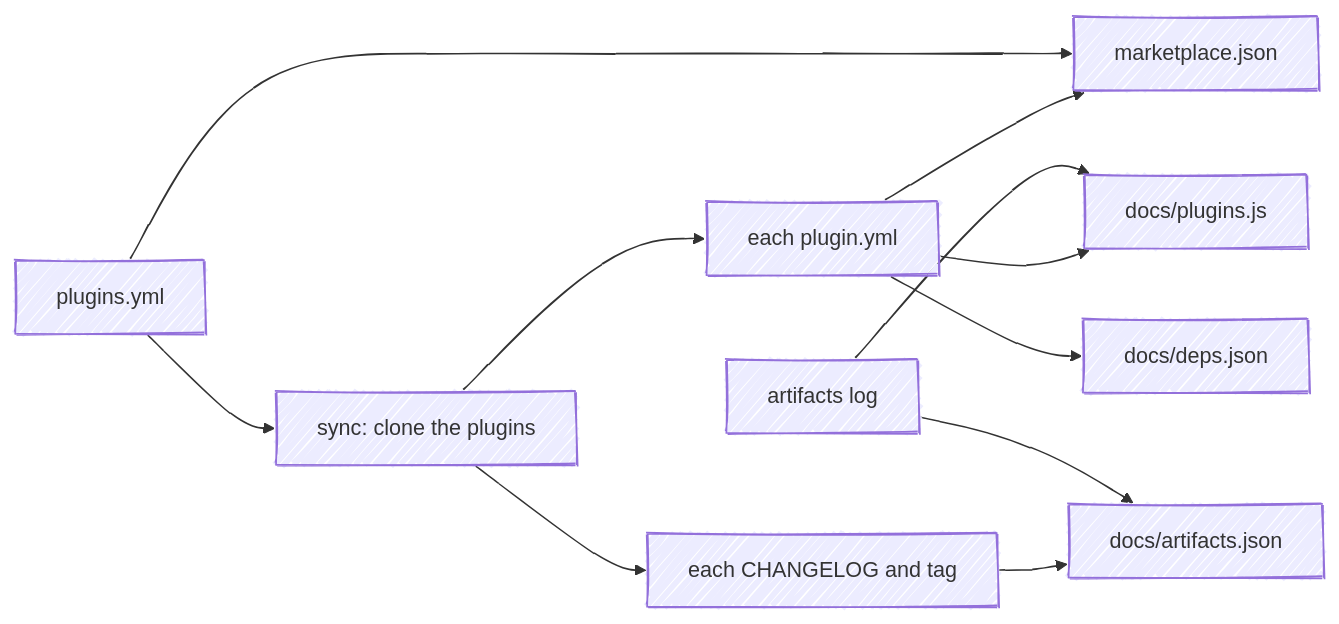
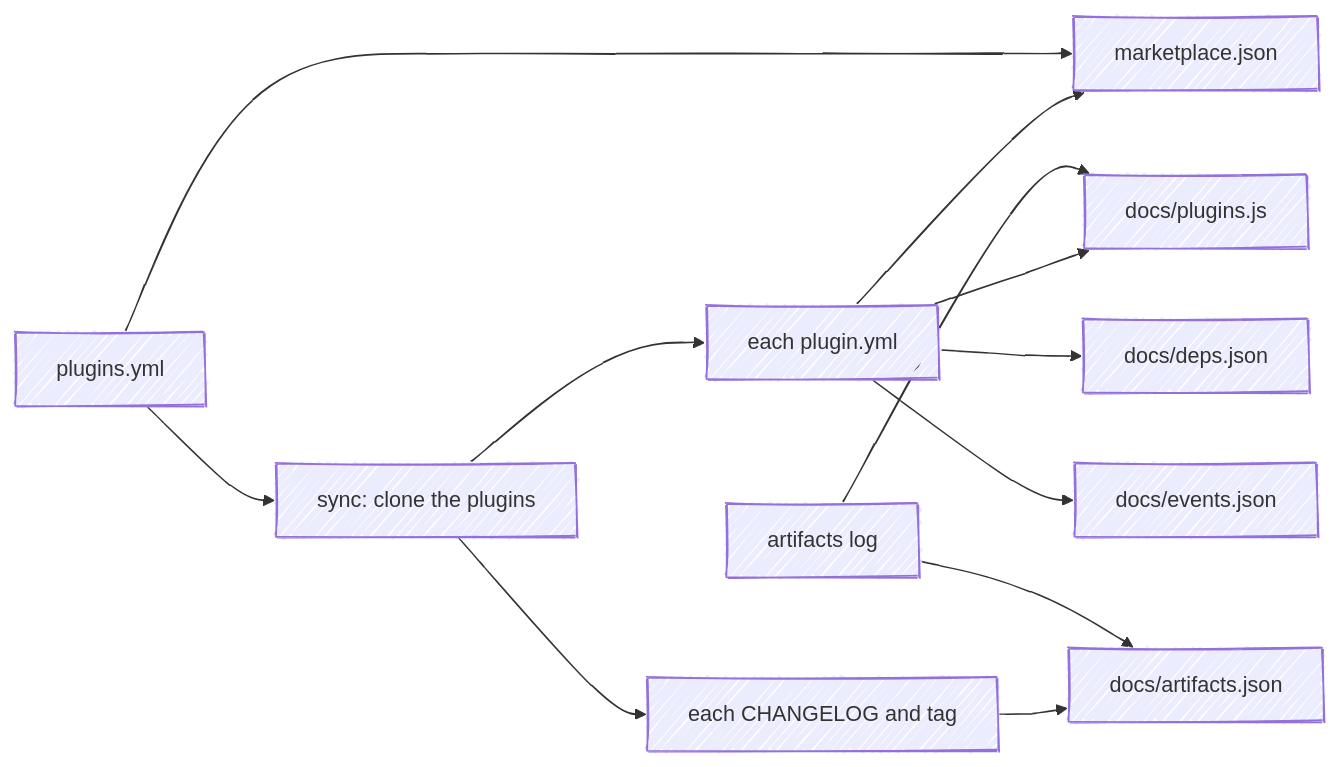
Before and after one commit to chris-peterson/shipyard: the second of 4 diagrams in docs/how-it-works.md, drawn with Mermaid. The commit also changed other lines of this file and 6 other files, not shown here.

````diff
--- a/docs/how-it-works.md
+++ b/docs/how-it-works.md
@@ -136,14 +136,15 @@
 ```mermaid
 %%{ init: { 'look': 'handDrawn' } }%%
 flowchart LR
   roster["plugins.yml"] --> sync["sync: clone the plugins"]
   sync --> spokes["each plugin.yml"]
   roster --> mp["marketplace.json"]
   spokes --> mp
   log["artifacts log"] --> js["docs/plugins.js"]
   spokes --> js
   spokes --> deps["docs/deps.json"]
+  spokes --> events["docs/events.json"]
   sync --> tags["each CHANGELOG and tag"]
   log --> growth["docs/artifacts.json"]
   tags --> growth
 ```
````
